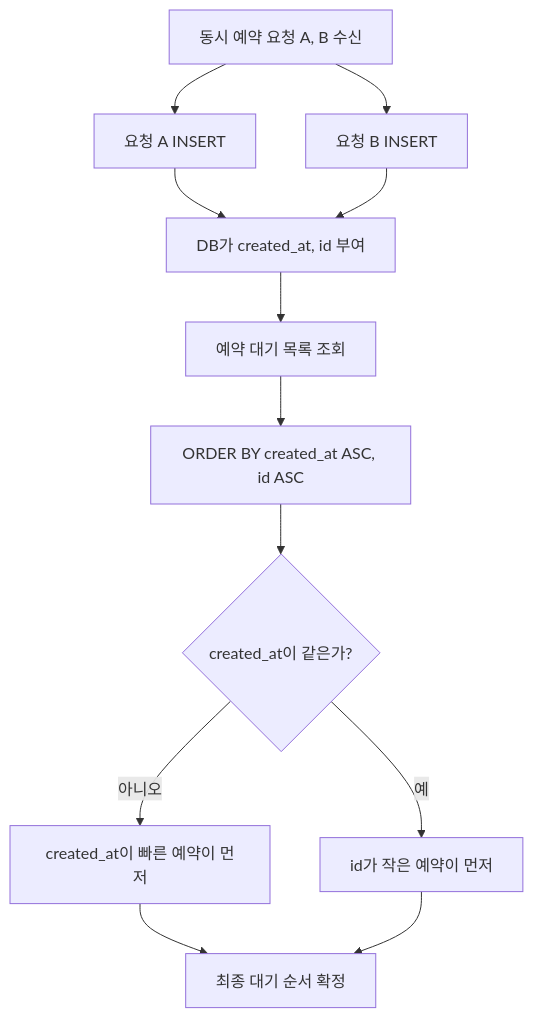
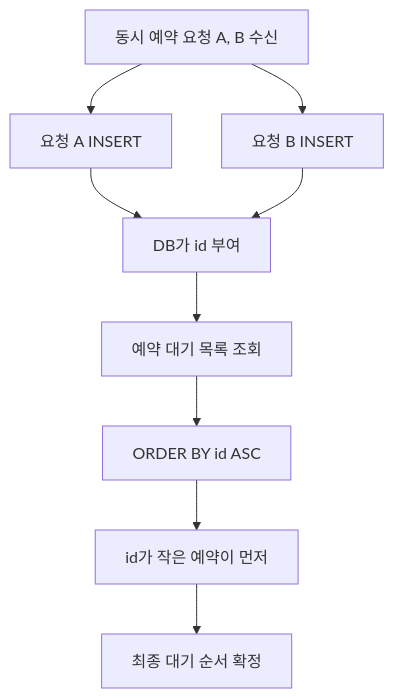
One commit to woowacourse/spring-roomescape-waiting changed the second of 2 diagrams in README.md. Above: the diagram before and after it, drawn with Mermaid. The commit also changed other lines of this file and 10 other files, not shown here.

````diff
--- a/README.md
+++ b/README.md
@@ -200,20 +200,16 @@
 ```mermaid
 flowchart TD
     A[동시 예약 요청 A, B 수신] --> B[요청 A INSERT]
     A --> C[요청 B INSERT]
 
-    B --> D[DB가 created_at, id 부여]
+    B --> D[DB가 id 부여]
     C --> D
 
     D --> E[예약 대기 목록 조회]
 
-    E --> F[ORDER BY created_at ASC, id ASC]
+    E --> F[ORDER BY id ASC]
 
-    F --> G{created_at이 같은가?}
+    F --> G[id가 작은 예약이 먼저]
 
-    G -- 아니오 --> H[created_at이 빠른 예약이 먼저]
-    G -- 예 --> I[id가 작은 예약이 먼저]
-
-    H --> J[최종 대기 순서 확정]
-    I --> J
+    G --> J[최종 대기 순서 확정]
 ```
````
